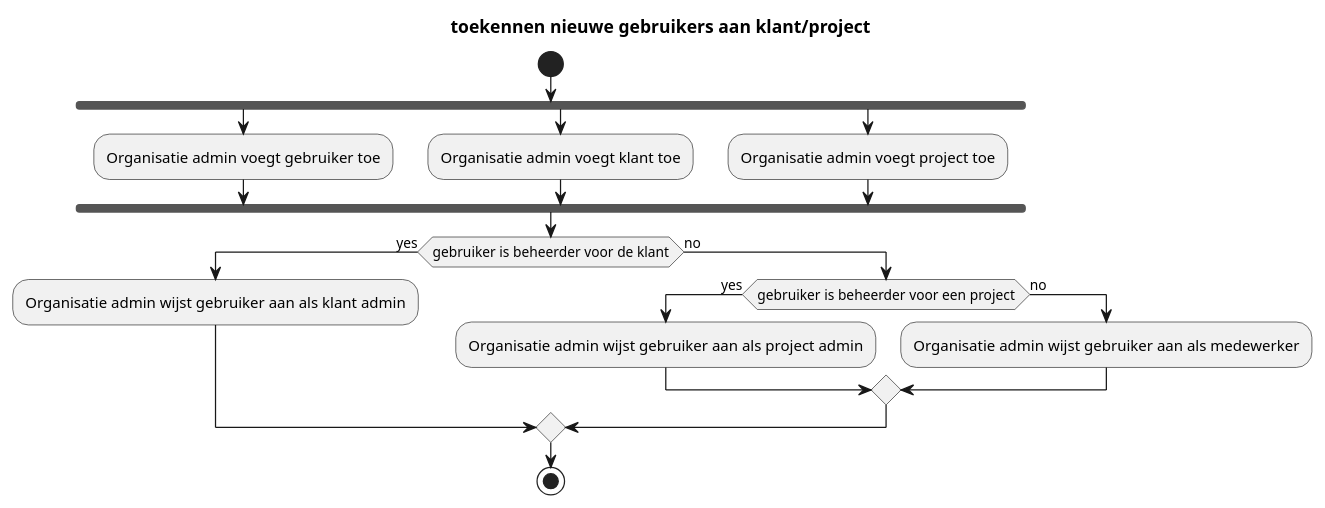
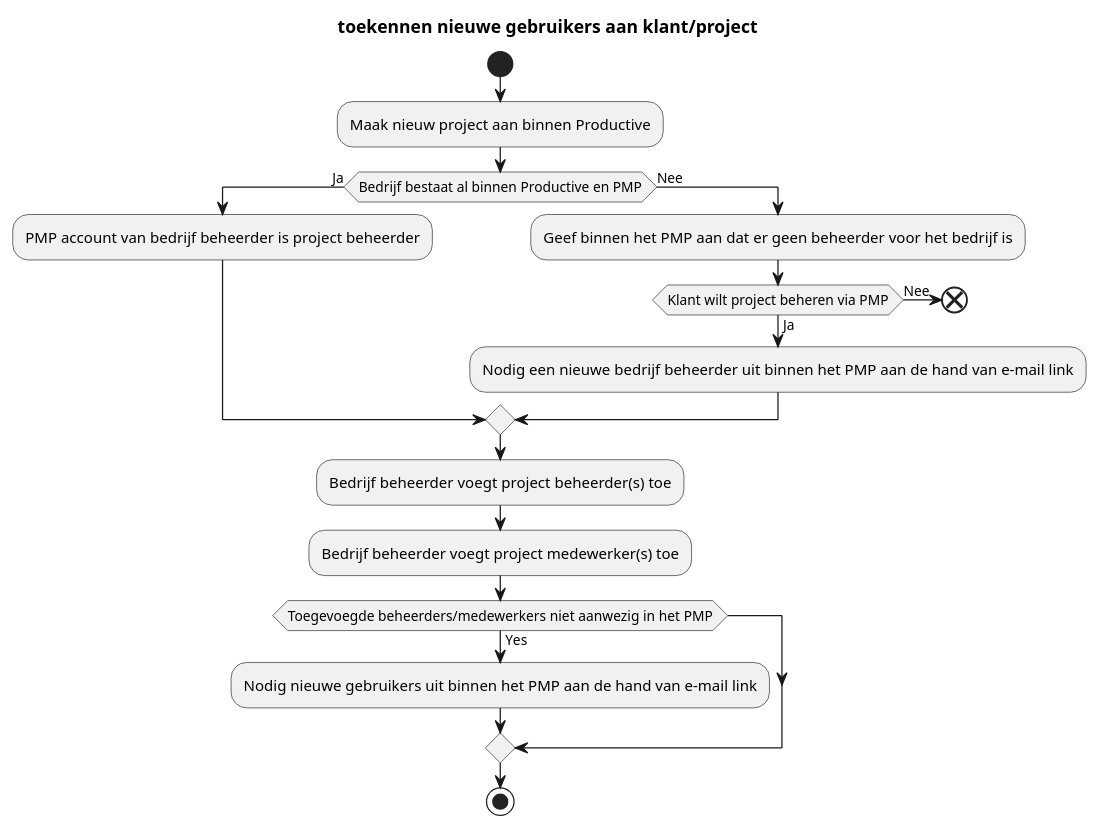
One commit to DCReceveur/pre-afstudeer-docs changed the second of 8 diagrams in Documentatie/Functioneel/FunctioneelOntwerp.md. Above: the diagram before and after it, drawn with PlantUML. The commit also changed other lines of this file and 6 other files, not shown here.

````diff
--- a/Documentatie/Functioneel/FunctioneelOntwerp.md
+++ b/Documentatie/Functioneel/FunctioneelOntwerp.md
@@ -89,23 +117,24 @@
-```plantuml
+```puml
 title: toekennen nieuwe gebruikers aan klant/project
 start
-fork
-:Organisatie admin voegt gebruiker toe;
-fork again
-:Organisatie admin voegt klant toe;
-fork again
-:Organisatie admin voegt project toe;
-end fork
-if (gebruiker is beheerder voor de klant) then (yes)
-:Organisatie admin wijst gebruiker aan als klant admin;
-else (no)
-if (gebruiker is beheerder voor een project) then (yes)
-:Organisatie admin wijst gebruiker aan als project admin;
-else(no)
-:Organisatie admin wijst gebruiker aan als medewerker;
+:Maak nieuw project aan binnen Productive;
+if (Bedrijf bestaat al binnen Productive en PMP) then (Ja)
+:PMP account van bedrijf beheerder is project beheerder;
+else (Nee)
+:Geef binnen het PMP aan dat er geen beheerder voor het bedrijf is;
+if (Klant wilt project beheren via PMP) then (Ja)
+:Nodig een nieuwe bedrijf beheerder uit binnen het PMP aan de hand van e-mail link;
+else (Nee) 
+end
 endif
+endif
+:Bedrijf beheerder voegt project beheerder(s) toe;
+:Bedrijf beheerder voegt project medewerker(s) toe;
+if (Toegevoegde beheerders/medewerkers niet aanwezig in het PMP) then (Yes)
+:Nodig nieuwe gebruikers uit binnen het PMP aan de hand van e-mail link;
+
 endif
 
 stop
 
 ```
````
